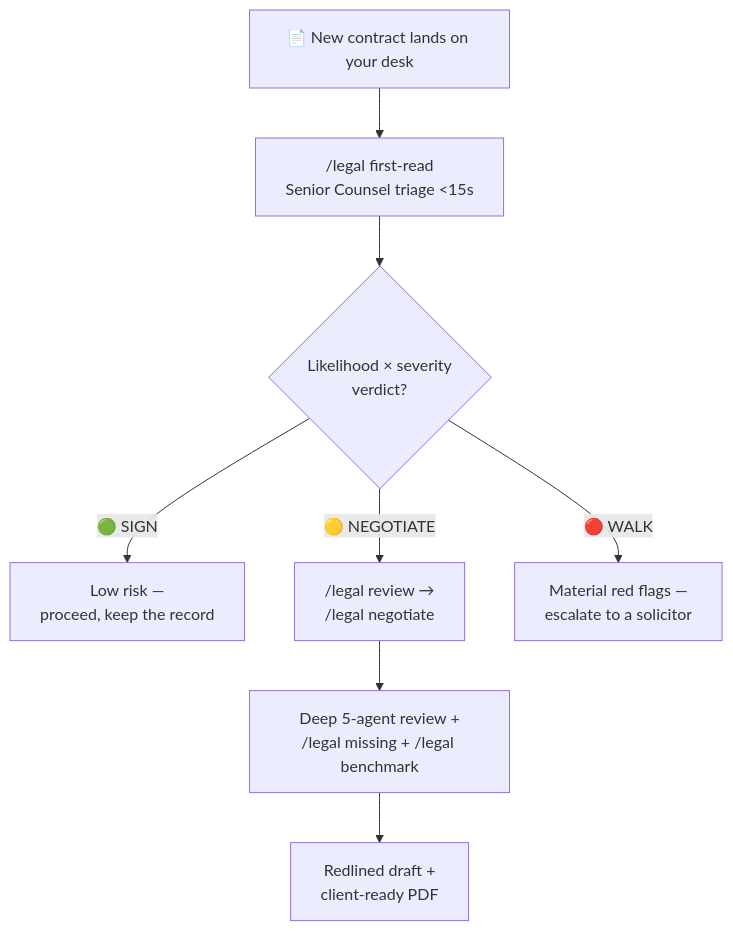
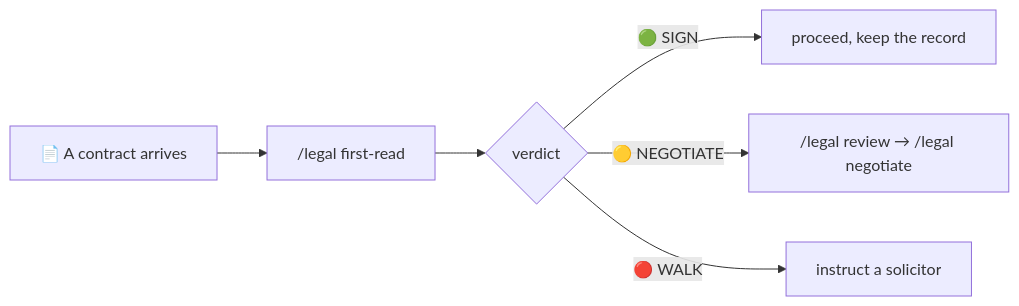
Before and after one commit to davendra/uk-legal-skills: the diagram in README.md, drawn with Mermaid. The commit also changed other lines of this file and 2 other files, not shown here.

````diff
--- a/README.md
+++ b/README.md
@@ -310,10 +108,9 @@
 ```mermaid
-flowchart TD
-    D["📄 New contract lands on your desk"] --> FR["/legal first-read<br/>Senior Counsel triage &lt;15s"]
-    FR --> Q{"Likelihood × severity<br/>verdict?"}
-    Q -->|🟢 SIGN| SIGN["Low risk —<br/>proceed, keep the record"]
-    Q -->|🟡 NEGOTIATE| NEG["/legal review →<br/>/legal negotiate"]
-    Q -->|🔴 WALK| WALK["Material red flags —<br/>escalate to a solicitor"]
-    NEG --> REV["Deep 5-agent review +<br/>/legal missing + /legal benchmark"]
-    REV --> OUT["Redlined draft +<br/>client-ready PDF"]
+%% kept as a quick text map; the plate above is the canonical view
+flowchart LR
+    D["📄 A contract arrives"] --> FR["/legal first-read"]
+    FR --> Q{"verdict"}
+    Q -->|🟢 SIGN| S["proceed, keep the record"]
+    Q -->|🟡 NEGOTIATE| N["/legal review → /legal negotiate"]
+    Q -->|🔴 WALK| W["instruct a solicitor"]
 ```
````
